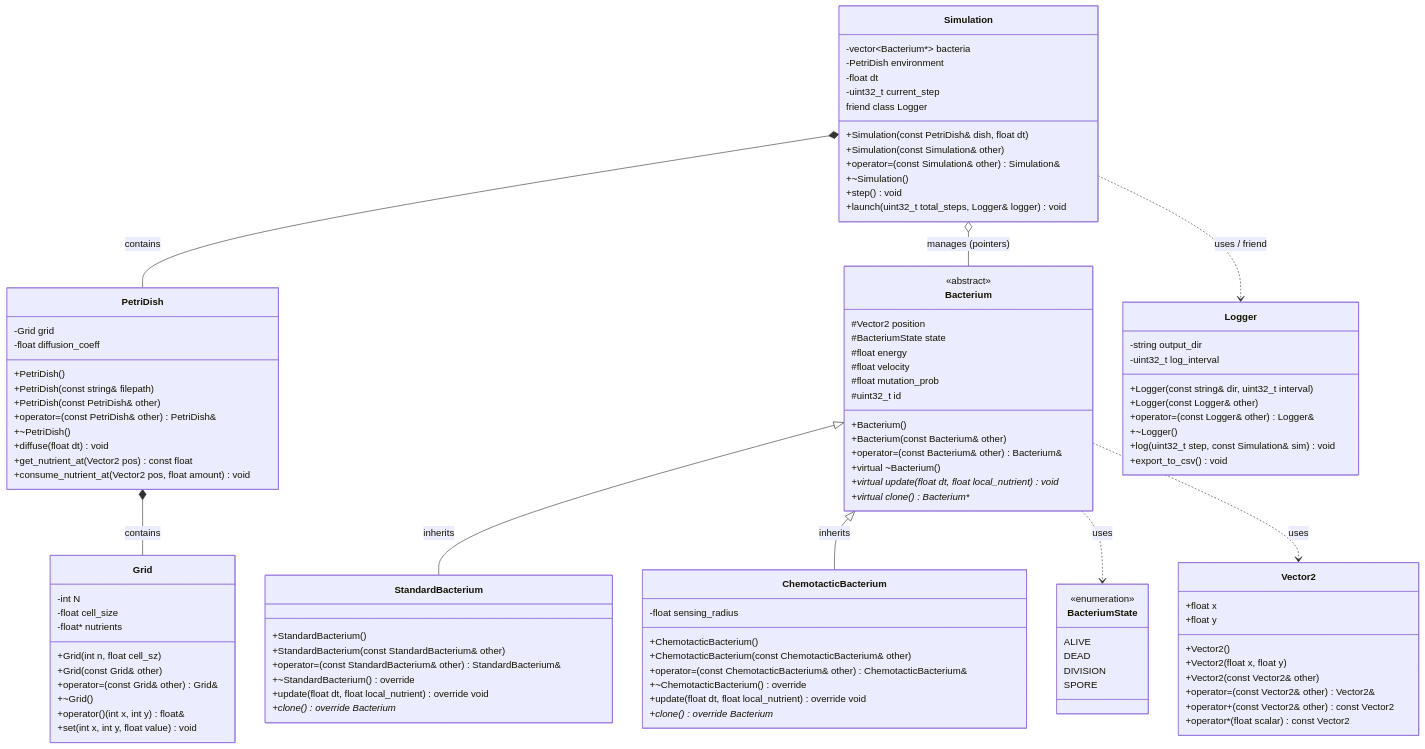
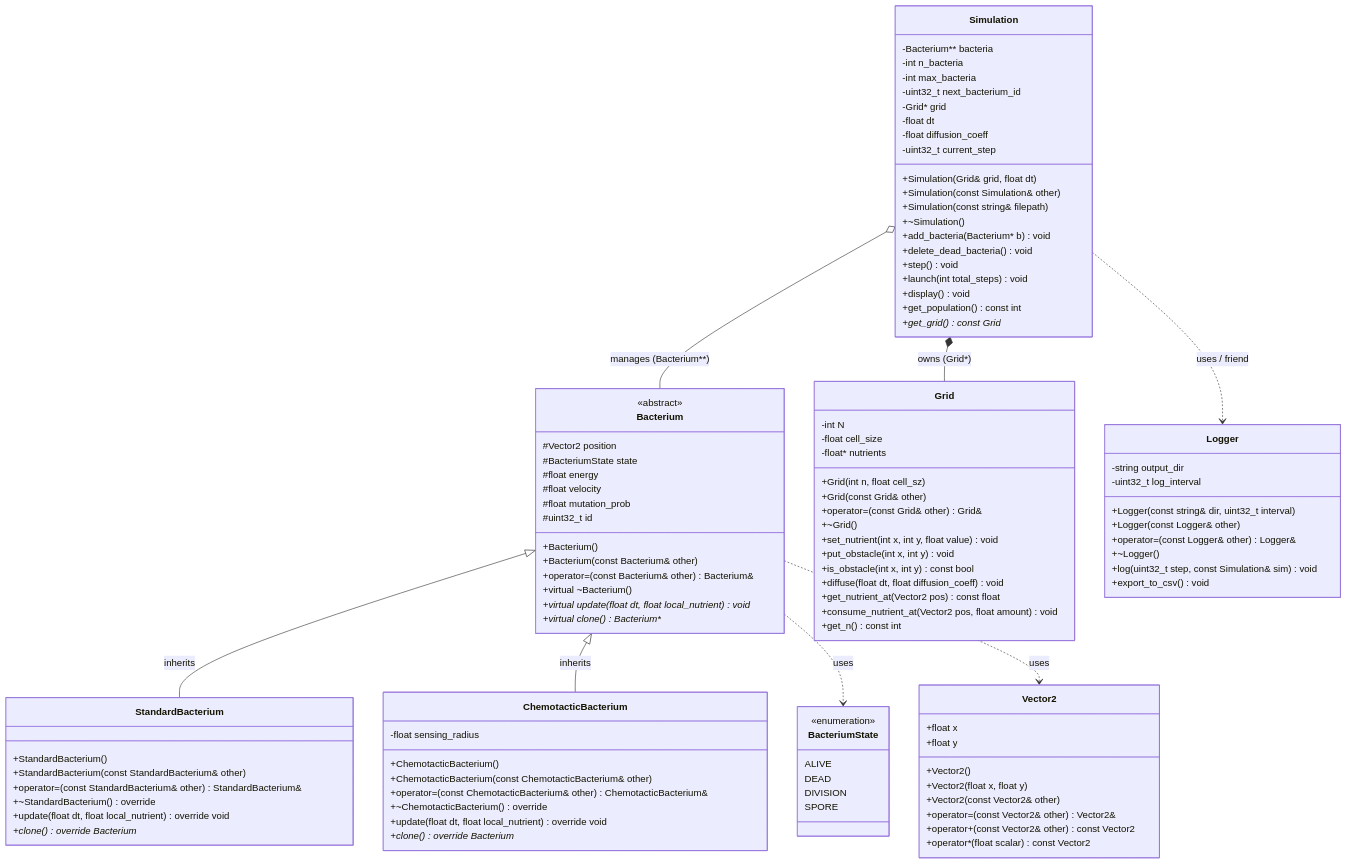
One commit to axelp-dev/BioChroma changed the first of 2 diagrams in docs/ARCHITECTURE.md. Above: the diagram before and after it, drawn with Mermaid. The commit also changed other lines of this file and 3 other files, not shown here.

```diff
--- a/docs/ARCHITECTURE.md
+++ b/docs/ARCHITECTURE.md
@@ -120,22 +120,15 @@
         +Grid(const Grid& other)
         +operator=(const Grid& other) Grid&
         +~Grid()
-        +operator()(int x, int y) float&
-        +set(int x, int y, float value) void
+        +set_nutrient(int x, int y, float value) void
+        +put_obstacle(int x, int y) void
+        +is_obstacle(int x, int y) const bool
+        +diffuse(float dt, float diffusion_coeff) void
+        +get_nutrient_at(Vector2 pos) const float
+        +consume_nutrient_at(Vector2 pos, float amount) void
+        +get_n() const int
     }
 
-    class PetriDish {
-        -Grid grid
-        -float diffusion_coeff
-        +PetriDish()
-        +PetriDish(const string& filepath)
-        +PetriDish(const PetriDish& other)
-        +operator=(const PetriDish& other) PetriDish&
-        +~PetriDish()
-        +diffuse(float dt) void
-        +get_nutrient_at(Vector2 pos) const float
-        +consume_nutrient_at(Vector2 pos, float amount) void
-    }
 
     class Logger {
         -string output_dir
@@ -149,24 +142,31 @@
     }
 
     class Simulation {
-        -vector~Bacterium*~ bacteria
-        -PetriDish environment
+        -Bacterium** bacteria
+        -int n_bacteria
+        -int max_bacteria
+        -uint32_t next_bacterium_id
+        -Grid* grid
         -float dt
+        -float diffusion_coeff
         -uint32_t current_step
-        +Simulation(const PetriDish& dish, float dt)
+        +Simulation(Grid& grid, float dt)
         +Simulation(const Simulation& other)
-        +operator=(const Simulation& other) Simulation&
+        +Simulation(const string& filepath)
         +~Simulation()
+        +add_bacteria(Bacterium* b) void
+        +delete_dead_bacteria() void
         +step() void
-        +launch(uint32_t total_steps, Logger& logger) void
-        friend class Logger
+        +launch(int total_steps) void
+        +display() void
+        +get_population() const int
+        +get_grid() const Grid*
     }
 
     Bacterium <|-- StandardBacterium : inherits
     Bacterium <|-- ChemotacticBacterium : inherits
-    PetriDish *-- Grid : contains
-    Simulation *-- PetriDish : contains
-    Simulation o-- Bacterium : manages (pointers)
+    Simulation *-- Grid : owns (Grid*)
+    Simulation o-- Bacterium : manages (Bacterium**)
     Simulation ..> Logger : uses / friend
     Bacterium ..> BacteriumState : uses
     Bacterium ..> Vector2 : uses
```
